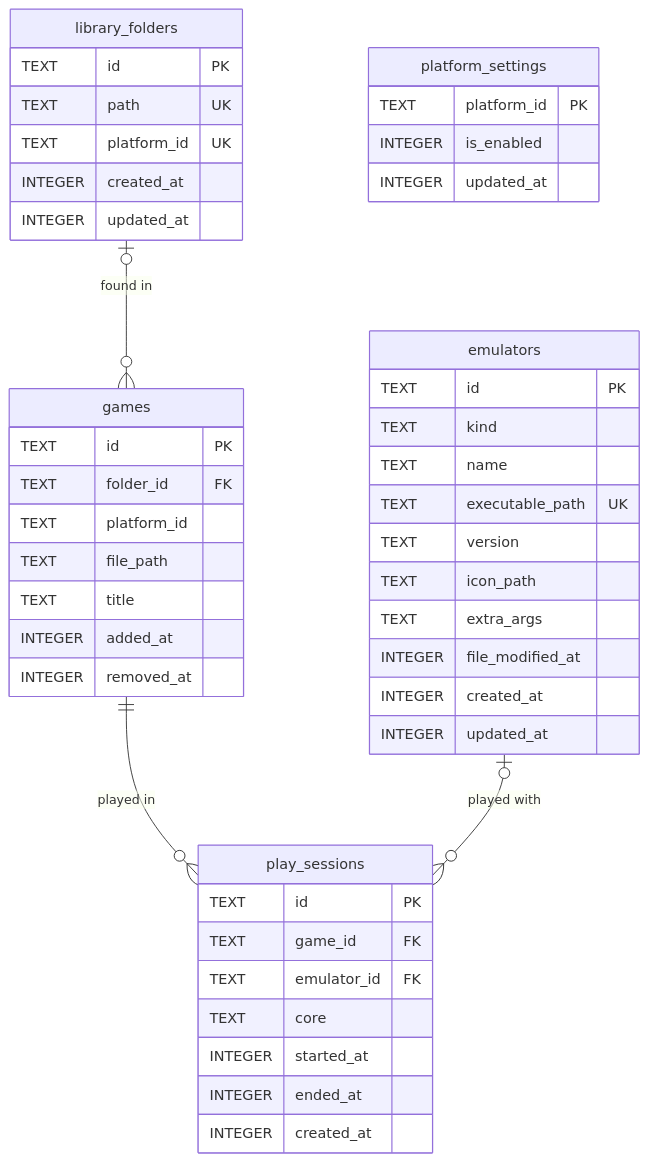
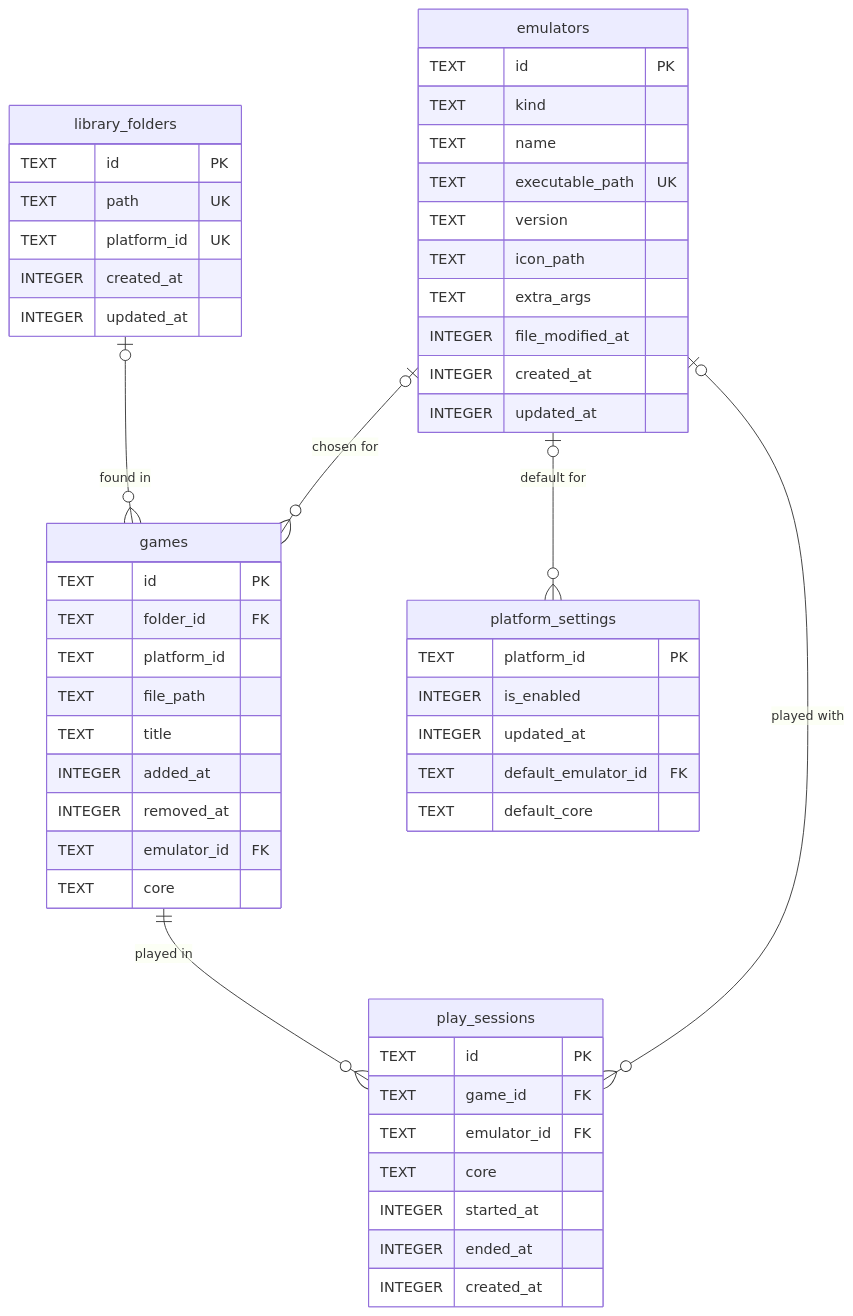
The first of 2 diagrams in DATABASE.md (alexisiba/ilnamiki), drawn with Mermaid before and after one commit. The commit also changed other lines of this file and 43 other files, not shown here.

First line of the commit message:
Choose the core a platform's games and each game play with

````diff
--- a/DATABASE.md
+++ b/DATABASE.md
@@ -50,49 +50,55 @@
 ```mermaid
 erDiagram
     library_folders |o--o{ games : "found in"
     games ||--o{ play_sessions : "played in"
     emulators |o--o{ play_sessions : "played with"
+    emulators |o--o{ games : "chosen for"
+    emulators |o--o{ platform_settings : "default for"
 
     emulators {
         TEXT id PK
         TEXT kind
         TEXT name
         TEXT executable_path UK
         TEXT version
         TEXT icon_path
         TEXT extra_args
         INTEGER file_modified_at
         INTEGER created_at
         INTEGER updated_at
     }
     library_folders {
         TEXT id PK
         TEXT path UK
         TEXT platform_id UK
         INTEGER created_at
         INTEGER updated_at
     }
     games {
         TEXT id PK
         TEXT folder_id FK
         TEXT platform_id
         TEXT file_path
         TEXT title
         INTEGER added_at
         INTEGER removed_at
+        TEXT emulator_id FK
+        TEXT core
     }
     platform_settings {
         TEXT platform_id PK
         INTEGER is_enabled
         INTEGER updated_at
+        TEXT default_emulator_id FK
+        TEXT default_core
     }
     play_sessions {
         TEXT id PK
         TEXT game_id FK
         TEXT emulator_id FK
         TEXT core
         INTEGER started_at
         INTEGER ended_at
         INTEGER created_at
     }
 ```
````
